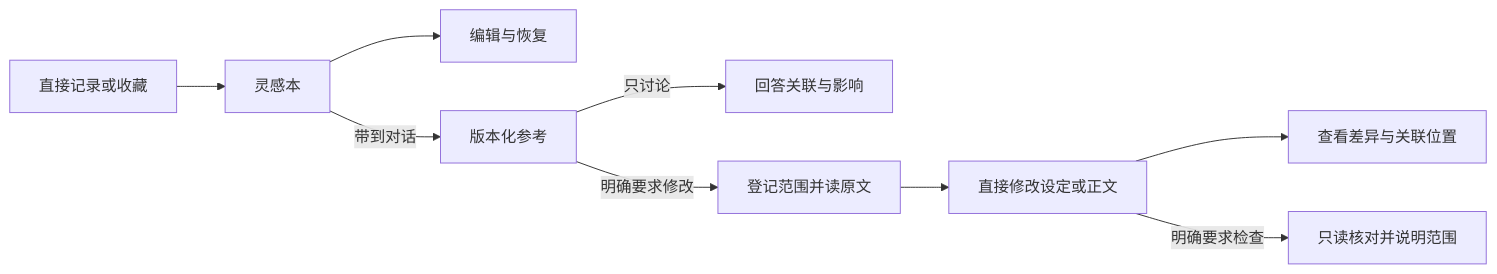
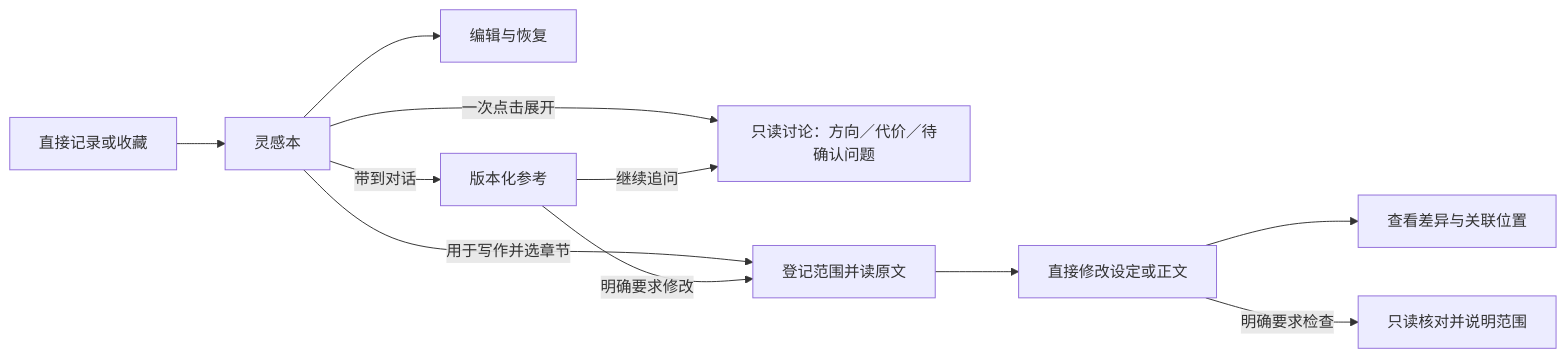
Before and after one commit to plankton12138/ClueLedger: the diagram in product-design/v0.8/README.md, drawn with Mermaid. The commit also changed other lines of this file and 60 other files, not shown here.

````diff
--- a/product-design/v0.8/README.md
+++ b/product-design/v0.8/README.md
@@ -133,11 +134,13 @@
 ```mermaid
 flowchart LR
     A[直接记录或收藏] --> B[灵感本]
     B --> C[编辑与恢复]
     B -->|带到对话| D[版本化参考]
-    D -->|只讨论| E[回答关联与影响]
-    D -->|明确要求修改| F[登记范围并读原文]
+    B -->|一次点击展开| E[只读讨论：方向／代价／待确认问题]
+    B -->|用于写作并选章节| F[登记范围并读原文]
+    D -->|继续追问| E
+    D -->|明确要求修改| F
     F --> G[直接修改设定或正文]
     G --> H[查看差异与关联位置]
     G -->|明确要求检查| I[只读核对并说明范围]
 ```
````
